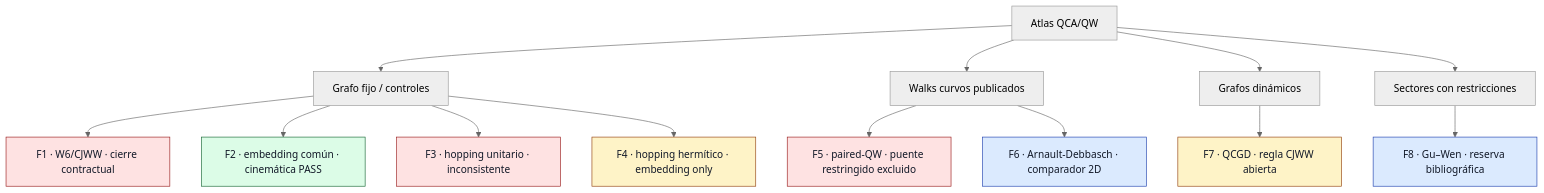
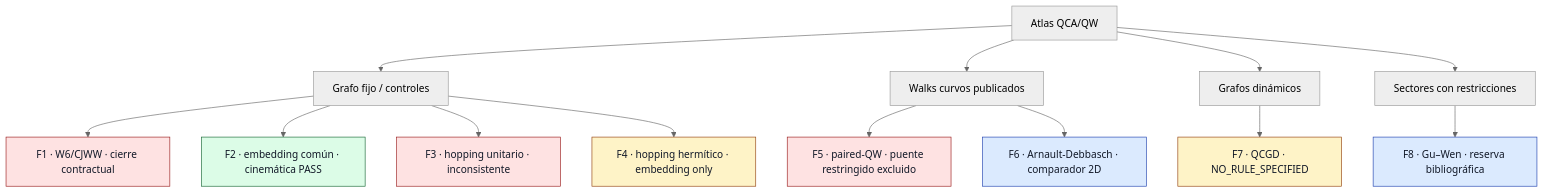
Before and after one commit to nacho09021973/qca-causal-cones: the diagram in docs/family_atlas/FAMILY_BIBLE.md, drawn with Mermaid (neutral theme). The commit also changed other lines of this file and 6 other files, not shown here.

Commit message:
Freeze F7 QCGD rule specification gate

````diff
--- a/docs/family_atlas/FAMILY_BIBLE.md
+++ b/docs/family_atlas/FAMILY_BIBLE.md
@@ -34,24 +34,24 @@
 ```mermaid
 flowchart TB
   A["Atlas QCA/QW"] --> G["Grafo fijo / controles"]
   A --> P["Walks curvos publicados"]
   A --> D["Grafos dinámicos"]
   A --> C["Sectores con restricciones"]
   G --> F1["F1 · W6/CJWW · cierre contractual"]
   G --> F2["F2 · embedding común · cinemática PASS"]
   G --> F3["F3 · hopping unitario · inconsistente"]
   G --> F4["F4 · hopping hermítico · embedding only"]
   P --> F5["F5 · paired-QW · puente restringido excluido"]
   P --> F6["F6 · Arnault-Debbasch · comparador 2D"]
-  D --> F7["F7 · QCGD · regla CJWW abierta"]
+  D --> F7["F7 · QCGD · NO_RULE_SPECIFIED"]
   C --> F8["F8 · Gu–Wen · reserva bibliográfica"]
   classDef closed fill:#fee2e2,stroke:#991b1b,color:#111827;
   classDef pending fill:#e5e7eb,stroke:#4b5563,color:#111827;
   classDef bibliography fill:#dbeafe,stroke:#1e40af,color:#111827;
   classDef open fill:#fef3c7,stroke:#92400e,color:#111827;
   classDef pass fill:#dcfce7,stroke:#166534,color:#111827;
   class F1,F3,F5 closed;
   class F2 pass;
   class F4,F7 open;
   class F6,F8 bibliography;
 ```
````
